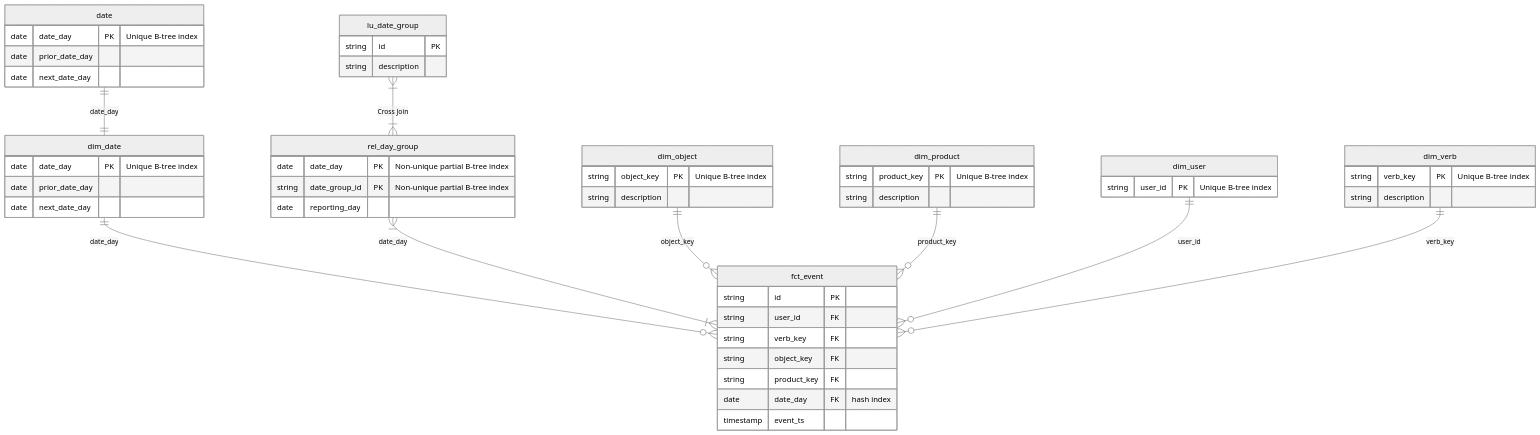
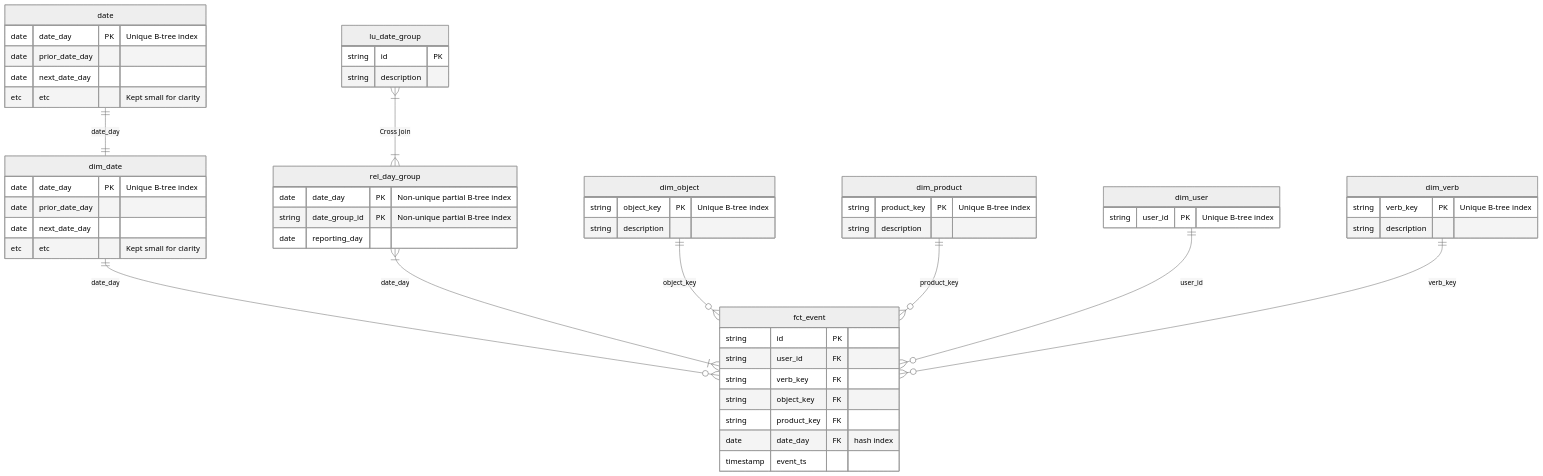
Before and after one commit to ilenos/data-model: the diagram in README.md, drawn with Mermaid (neutral theme).

Commit message:
^docs: clarified in the ERD there are more fields in the date tables (kept small clarity)

````diff
--- a/README.md
+++ b/README.md
@@ -9,55 +9,57 @@
 ```mermaid
 erDiagram
     date {
         date date_day PK "Unique B-tree index"
         date prior_date_day
         date next_date_day
+        etc etc "Kept small for clarity"
     }
     dim_date {
         date date_day PK "Unique B-tree index"
         date prior_date_day
         date next_date_day
+        etc etc "Kept small for clarity"
     }
     dim_object {
         string object_key PK "Unique B-tree index"
         string description
     }
     dim_product {
         string product_key PK "Unique B-tree index"
         string description
     }
     dim_verb {
         string verb_key PK "Unique B-tree index"
         string description
     }
     dim_user {
         string user_id PK "Unique B-tree index"
     }
     fct_event {
         string id PK
         string user_id FK
         string verb_key FK
         string object_key FK
         string product_key FK
         date date_day FK "hash index"
         timestamp event_ts
 
     }
     lu_date_group {
         string id PK
         string description
     }
     rel_day_group {
         date date_day PK "Non-unique partial B-tree index"
         string date_group_id PK "Non-unique partial B-tree index"
         date reporting_day
     }
     date ||--|| dim_date:::bg : "date_day"
     dim_date ||--o{ fct_event : "date_day"
     lu_date_group }|--|{ rel_day_group : "Cross Join"
     rel_day_group }|--|{ fct_event : "date_day"
     dim_object ||--o{ fct_event : "object_key"
     dim_product ||--o{ fct_event : "product_key"
     dim_user ||--o{ fct_event : "user_id"
     dim_verb ||--o{ fct_event : "verb_key"
 ```
````
